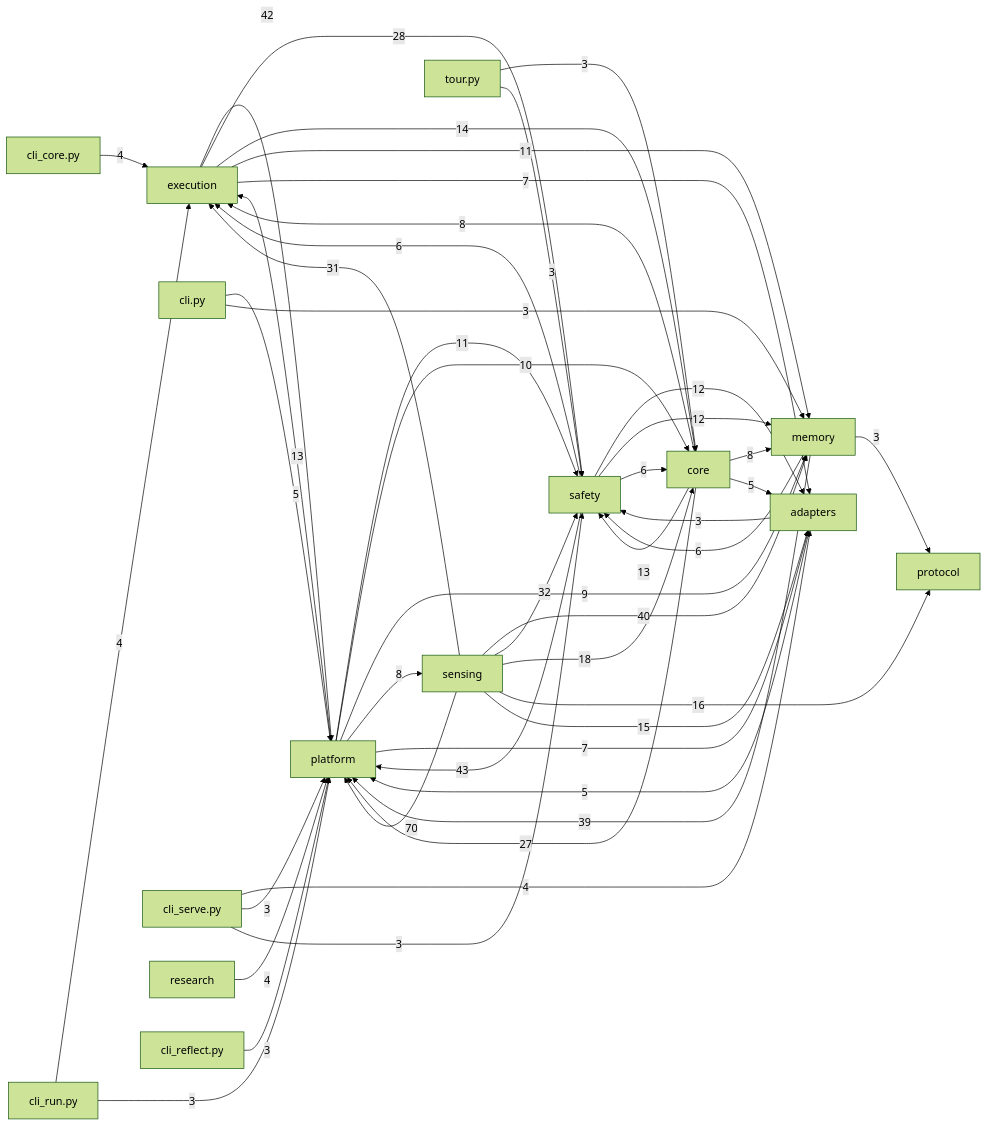
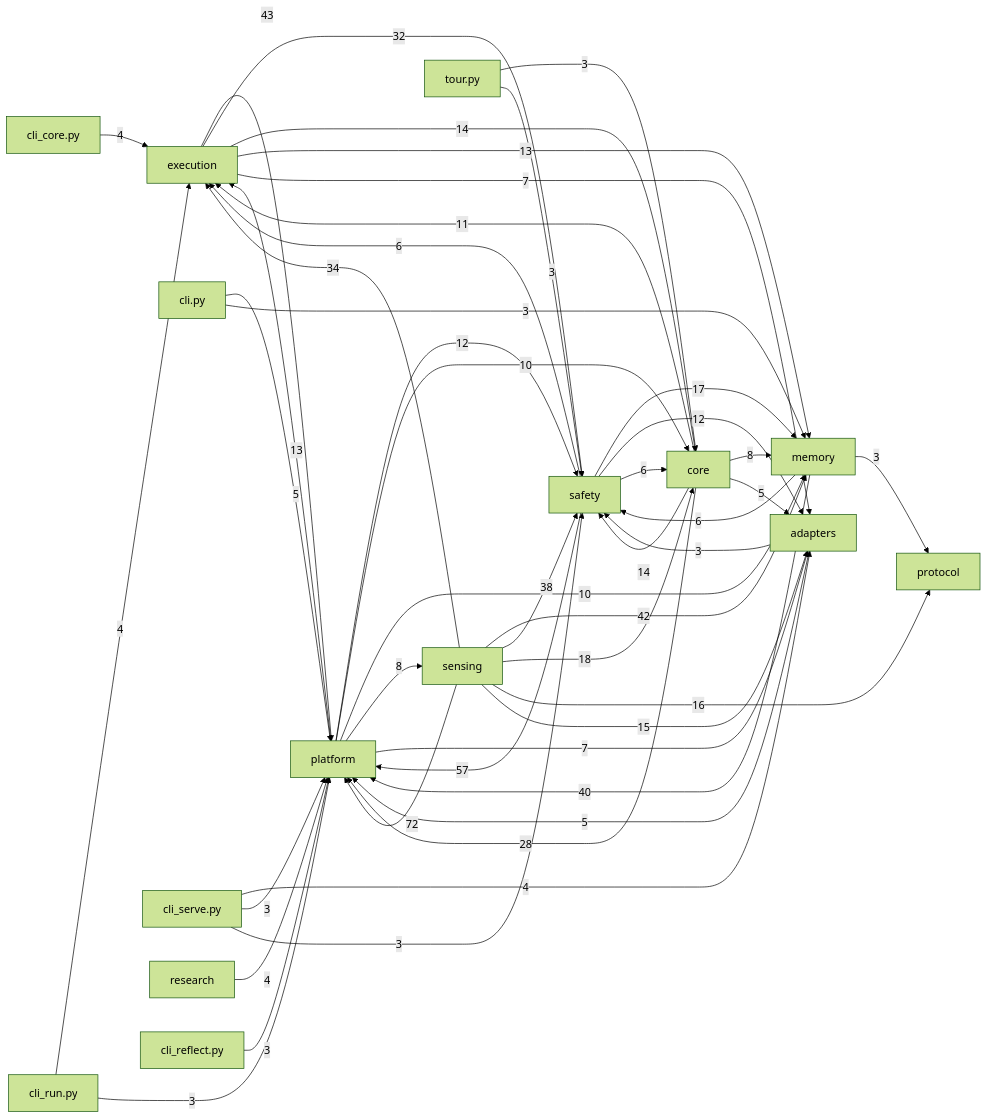
One commit to dengdenghua/octopus-agent changed the diagram in docs/auto/20-backend/index.md. Above: the diagram before and after it, drawn with Mermaid (forest theme). The commit also changed 27 other files, not shown here.

````diff
--- a/docs/auto/20-backend/index.md
+++ b/docs/auto/20-backend/index.md
@@ -19,55 +19,55 @@
 ```mermaid
 graph LR
   execution[execution]
   core[core]
   safety[safety]
   memory[memory]
   sensing[sensing]
   adapters[adapters]
   platform[platform]
-  sensing -- 70 --> platform
-  safety -- 43 --> platform
-  execution -- 42 --> platform
-  sensing -- 40 --> memory
-  memory -- 39 --> platform
-  sensing -- 32 --> safety
-  sensing -- 31 --> execution
-  execution -- 28 --> safety
-  core -- 27 --> platform
+  sensing -- 72 --> platform
+  safety -- 57 --> platform
+  execution -- 43 --> platform
+  sensing -- 42 --> memory
+  memory -- 40 --> platform
+  sensing -- 38 --> safety
+  sensing -- 34 --> execution
+  execution -- 32 --> safety
+  core -- 28 --> platform
   sensing -- 18 --> core
+  safety -- 17 --> memory
   sensing -- 16 --> protocol
   sensing -- 15 --> adapters
+  core -- 14 --> safety
   execution -- 14 --> core
-  core -- 13 --> safety
+  execution -- 13 --> memory
   platform -- 13 --> execution
+  platform -- 12 --> safety
   safety -- 12 --> adapters
-  safety -- 12 --> memory
-  execution -- 11 --> memory
-  platform -- 11 --> safety
+  core -- 11 --> execution
   platform -- 10 --> core
-  platform -- 9 --> memory
-  core -- 8 --> execution
+  platform -- 10 --> memory
   core -- 8 --> memory
   platform -- 8 --> sensing
   execution -- 7 --> adapters
   platform -- 7 --> adapters
   memory -- 6 --> safety
   safety -- 6 --> core
   safety -- 6 --> execution
   adapters -- 5 --> platform
   cli.py -- 5 --> platform
   core -- 5 --> adapters
   cli_core.py -- 4 --> execution
   cli_run.py -- 4 --> execution
   cli_serve.py -- 4 --> adapters
   research -- 4 --> platform
   adapters -- 3 --> safety
   cli.py -- 3 --> memory
   cli_reflect.py -- 3 --> platform
   cli_run.py -- 3 --> platform
   cli_serve.py -- 3 --> platform
   cli_serve.py -- 3 --> safety
   memory -- 3 --> protocol
   tour.py -- 3 --> core
   tour.py -- 3 --> safety
 ```
````
